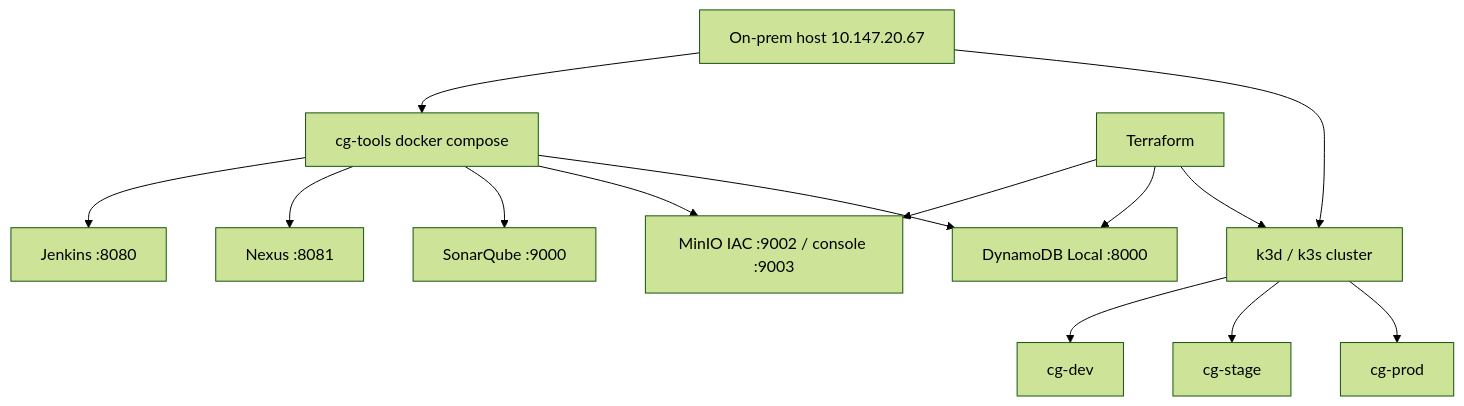
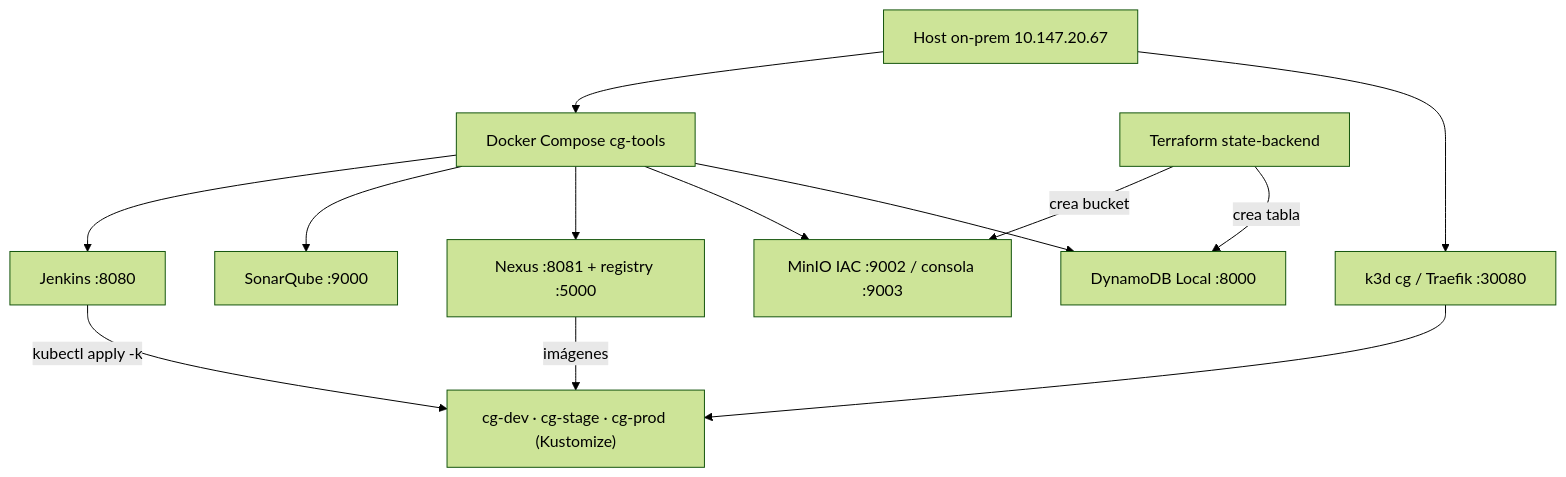
The diagram in docs/diagramas/01-arquitectura-onprem.mmd (ingesoft5/circle-guard-finalproject-A00401805-A00405090-A00401428-A00377013), drawn with Mermaid (forest theme) before and after one commit. The commit also changed 68 other files, not shown here.

First line of the commit message:
refactor ( infra ) : reduce terraform to on-prem state backend

```diff
--- a/docs/diagramas/01-arquitectura-onprem.mmd
+++ b/docs/diagramas/01-arquitectura-onprem.mmd
@@ -1,27 +1,24 @@
 flowchart TB
-  HOST["On-prem host 10.147.20.67"]
-  TOOLS["cg-tools docker compose"]
+  HOST["Host on-prem 10.147.20.67"]
+  TOOLS["Docker Compose cg-tools"]
   JENKINS["Jenkins :8080"]
-  NEXUS["Nexus :8081"]
   SONAR["SonarQube :9000"]
-  MINIO["MinIO IAC :9002 / console :9003"]
+  NEXUS["Nexus :8081 + registry :5000"]
+  MINIO["MinIO IAC :9002 / consola :9003"]
   DDB["DynamoDB Local :8000"]
-  K3D["k3d / k3s cluster"]
-  DEV["cg-dev"]
-  STAGE["cg-stage"]
-  PROD["cg-prod"]
-  TF["Terraform"]
+  K3D["k3d cg / Traefik :30080"]
+  ENVS["cg-dev · cg-stage · cg-prod (Kustomize)"]
+  TF["Terraform state-backend"]
 
   HOST --> TOOLS
+  HOST --> K3D
   TOOLS --> JENKINS
+  TOOLS --> SONAR
   TOOLS --> NEXUS
-  TOOLS --> SONAR
   TOOLS --> MINIO
   TOOLS --> DDB
-  HOST --> K3D
-  K3D --> DEV
-  K3D --> STAGE
-  K3D --> PROD
-  TF --> MINIO
-  TF --> DDB
-  TF --> K3D
+  K3D --> ENVS
+  JENKINS -->|"kubectl apply -k"| ENVS
+  NEXUS -->|"imágenes"| ENVS
+  TF -->|"crea bucket"| MINIO
+  TF -->|"crea tabla"| DDB
```
